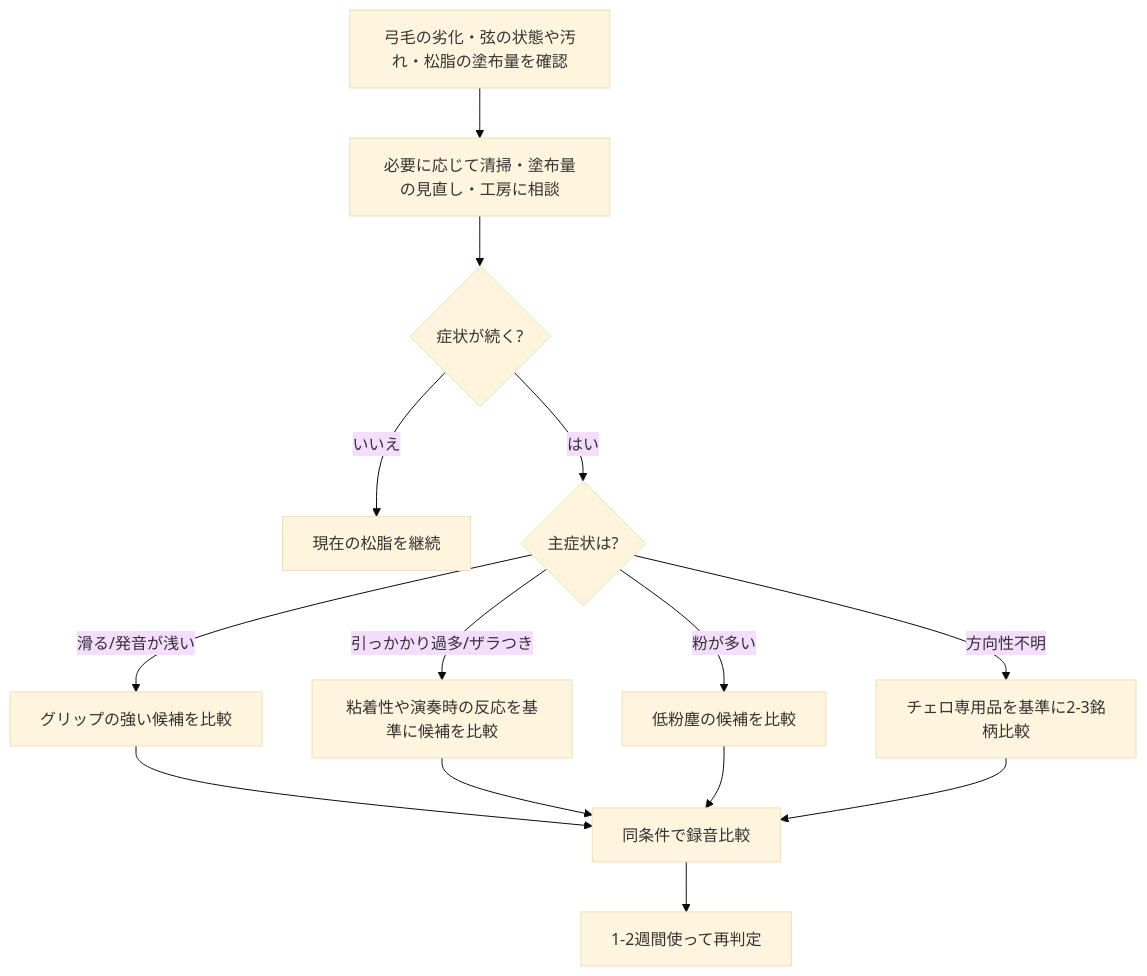
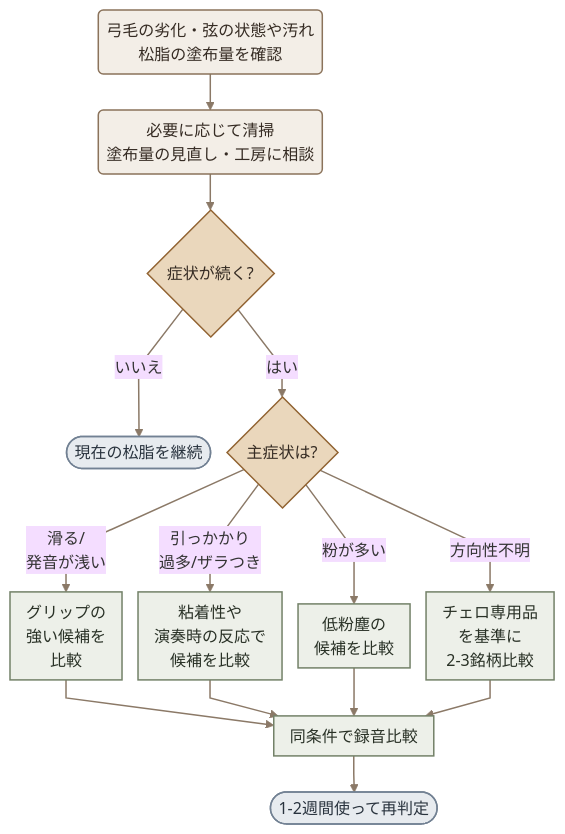
Before and after one commit to arscombinatoria/cello-parts-log: the diagram in docs/rosin/major-rosins.md, drawn with Mermaid (base theme).

Commit message:
docs: improve readability of rosin selection flowchart (#468)

````diff
--- a/docs/rosin/major-rosins.md
+++ b/docs/rosin/major-rosins.md
@@ -44,16 +44,35 @@
 ```mermaid
+---
+config:
+  flowchart:
+    curve: linear
+    nodeSpacing: 16
+    rankSpacing: 36
+    padding: 8
+    wrappingWidth: 300
+---
 flowchart TD
-  A[弓毛の劣化・弦の状態や汚れ・松脂の塗布量を確認] --> B[必要に応じて清掃・塗布量の見直し・工房に相談]
-  B --> C{症状が続く?}
-  C -->|いいえ| D[現在の松脂を継続]
-  C -->|はい| E{主症状は?}
-  E -->|滑る/発音が浅い| F[グリップの強い候補を比較]
-  E -->|引っかかり過多/ザラつき| G[粘着性や演奏時の反応を基準に候補を比較]
-  E -->|粉が多い| H[低粉塵の候補を比較]
-  E -->|方向性不明| I[チェロ専用品を基準に2-3銘柄比較]
-  F --> J[同条件で録音比較]
+  A("弓毛の劣化・弦の状態や汚れ<br/>松脂の塗布量を確認") --> B("必要に応じて清掃<br/>塗布量の見直し・工房に相談")
+  B --> C{"症状が続く?"}
+  C -->|いいえ| D(["現在の松脂を継続"])
+  C -->|はい| E{"主症状は?"}
+  E -->|"滑る/<br/>発音が浅い"| F["グリップの<br/>強い候補を<br/>比較"]
+  E -->|"引っかかり<br/>過多/ザラつき"| G["粘着性や<br/>演奏時の反応で<br/>候補を比較"]
+  E -->|粉が多い| H["低粉塵の<br/>候補を比較"]
+  E -->|方向性不明| I["チェロ専用品<br/>を基準に<br/>2-3銘柄比較"]
+  F --> J["同条件で録音比較"]
   G --> J
   H --> J
   I --> J
-  J --> K[1-2週間使って再判定]
+  J --> K(["1-2週間使って再判定"])
+
+  classDef preparation fill:#f3eee7,stroke:#8b735b,color:#352b23,stroke-width:1.5px
+  classDef decision fill:#ead7bc,stroke:#916332,color:#352b23,stroke-width:1.5px
+  classDef comparison fill:#edf0e9,stroke:#738168,color:#293126,stroke-width:1.5px
+  classDef outcome fill:#e7ebef,stroke:#728193,color:#29333e,stroke-width:1.5px
+  class A,B preparation
+  class C,E decision
+  class F,G,H,I,J comparison
+  class D,K outcome
+  linkStyle default stroke:#8b7967,stroke-width:1.5px
 ```
````
